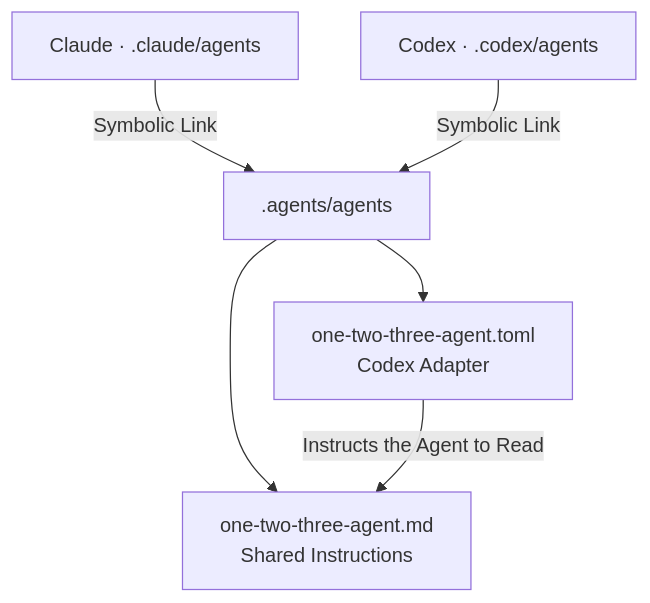
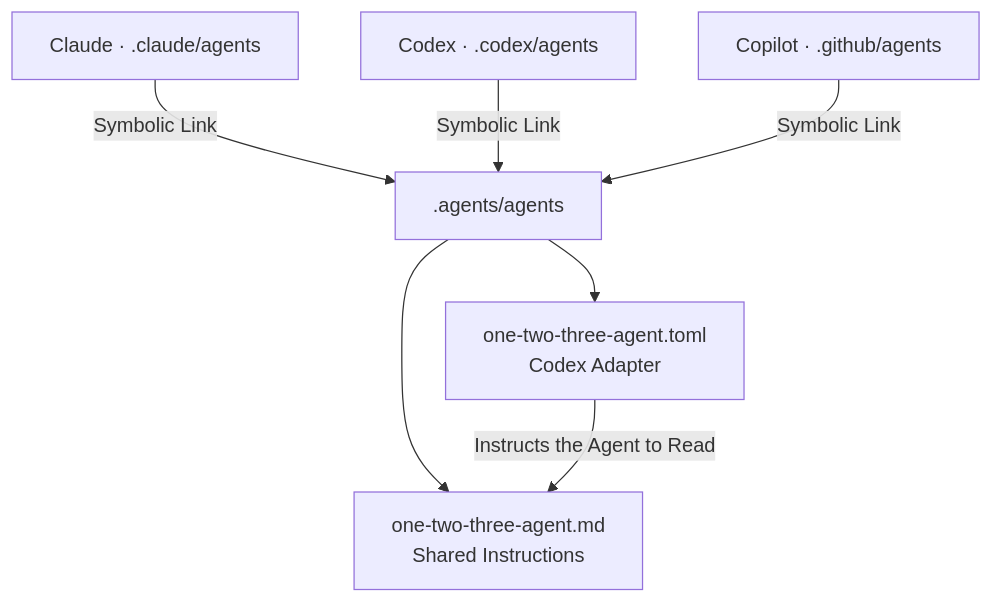
One commit to cangrejometralleta/OneTwoThree changed the diagram in rules/vendor-integration.md. Above: the diagram before and after it, drawn with Mermaid. The commit also changed other lines of this file and 7 other files, not shown here.

````diff
--- a/rules/vendor-integration.md
+++ b/rules/vendor-integration.md
@@ -24,8 +29,9 @@
 ```mermaid
 flowchart TD
     Claude["Claude · .claude/agents"] -->|Symbolic Link| Shared[".agents/agents"]
     Codex["Codex · .codex/agents"] -->|Symbolic Link| Shared
+    Copilot["Copilot · .github/agents"] -->|Symbolic Link| Shared
     Shared --> Markdown["one-two-three-agent.md<br/>Shared Instructions"]
     Shared --> Adapter["one-two-three-agent.toml<br/>Codex Adapter"]
     Adapter -->|Instructs the Agent to Read| Markdown
 ```
````
